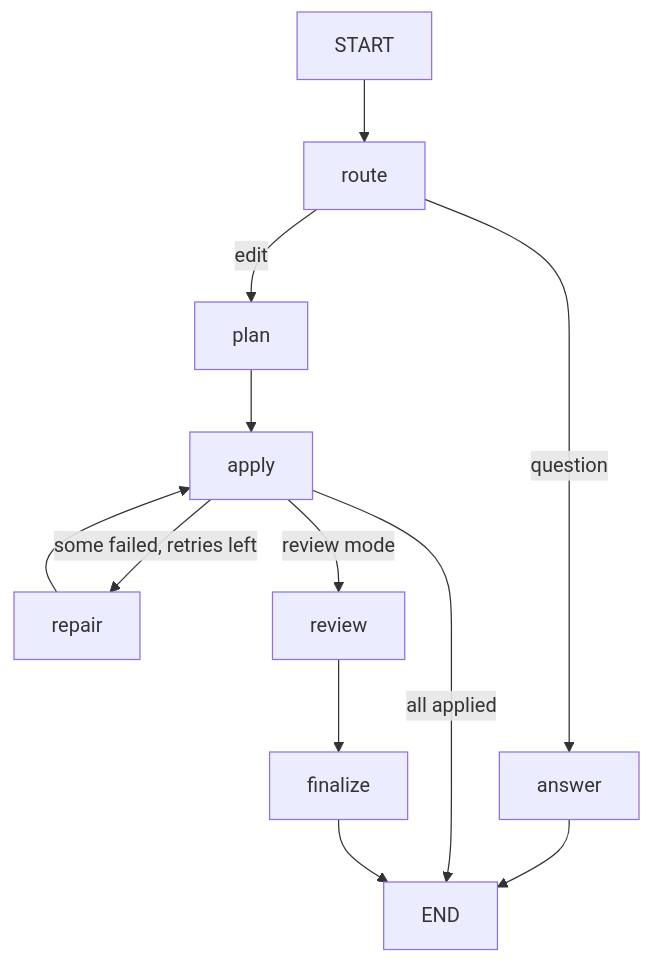
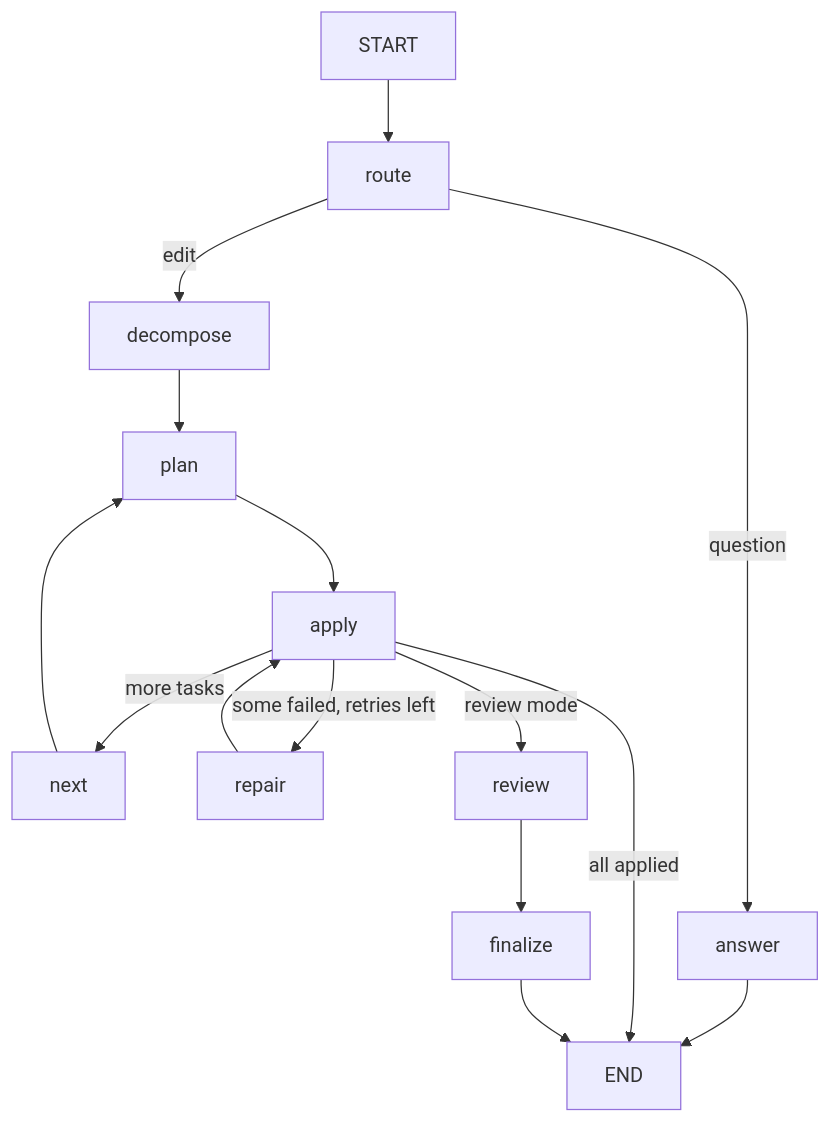
Before and after one commit to MSommo/ResuMaker: the second of 2 diagrams in README.md, drawn with Mermaid. The commit also changed other lines of this file and 8 other files, not shown here.

Commit message:
Planner: decompose big requests into focused tasks; 20-task eval with long-CV cases and A/B switch

````diff
--- a/README.md
+++ b/README.md
@@ -83,9 +83,10 @@
 ```mermaid
 graph TD;
   START --> route;
   route -->|question| answer --> END;
-  route -->|edit| plan --> apply;
+  route -->|edit| decompose --> plan --> apply;
+  apply -->|more tasks| next --> plan;
   apply -->|all applied| END;
   apply -->|some failed, retries left| repair --> apply;
   apply -->|review mode| review --> finalize --> END;
 ```
````
